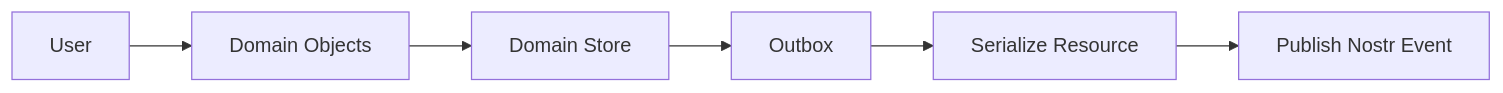
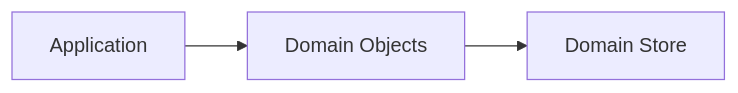
One commit to kjvonly/kjvonly.bible changed diagram 11 of 13 in docs/decisions/0002-domain-resource-model.md. Above: the diagram before and after it, drawn with Mermaid. The commit also changed other lines of this file, not shown here.

````diff
--- a/docs/decisions/0002-domain-resource-model.md
+++ b/docs/decisions/0002-domain-resource-model.md
@@ -1074,15 +775,9 @@
 ```mermaid
 flowchart LR
 
-    USER["User"]
+    UI["Application"]
 
-    USER --> DOMAIN["Domain Objects"]
+    UI --> OBJECTS["Domain Objects"]
 
-    DOMAIN --> STORE["Domain Store"]
-
-    STORE --> OUTBOX["Outbox"]
-
-    OUTBOX --> SERIALIZE["Serialize Resource"]
-
-    SERIALIZE --> EVENT["Publish Nostr Event"]
+    OBJECTS --> STORE["Domain Store"]
 ```
````
